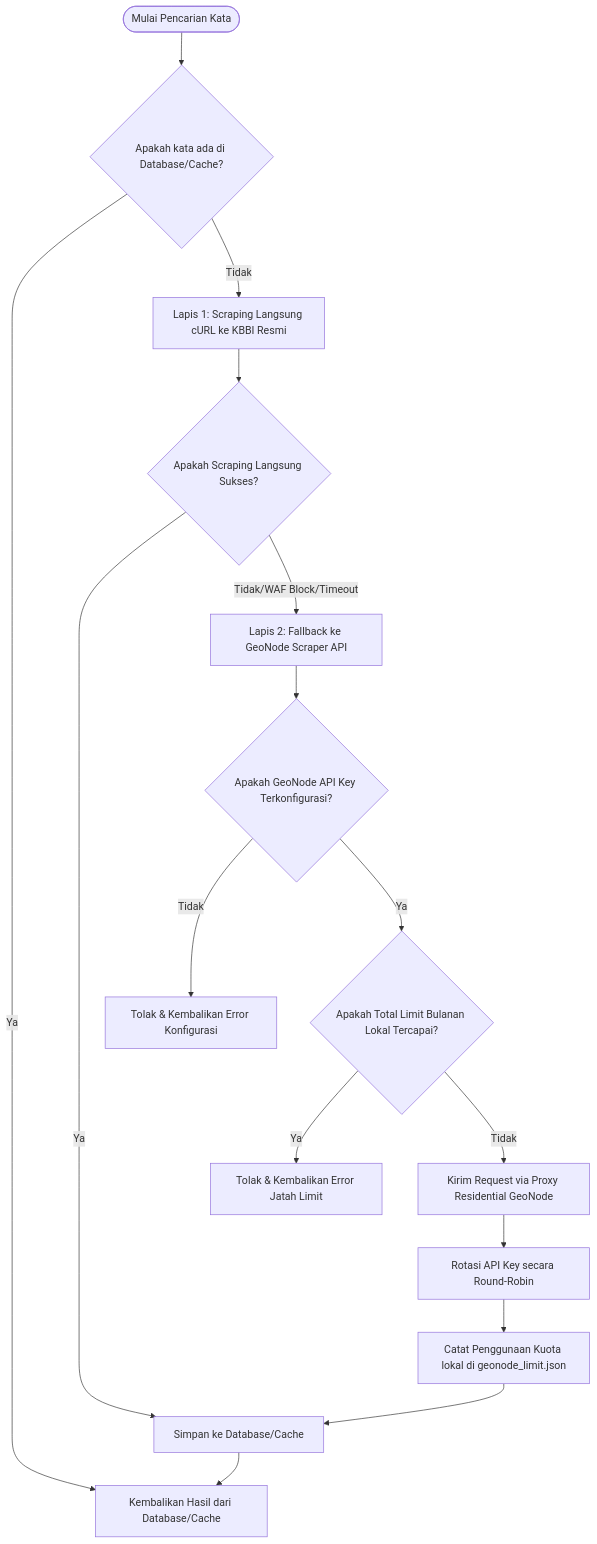
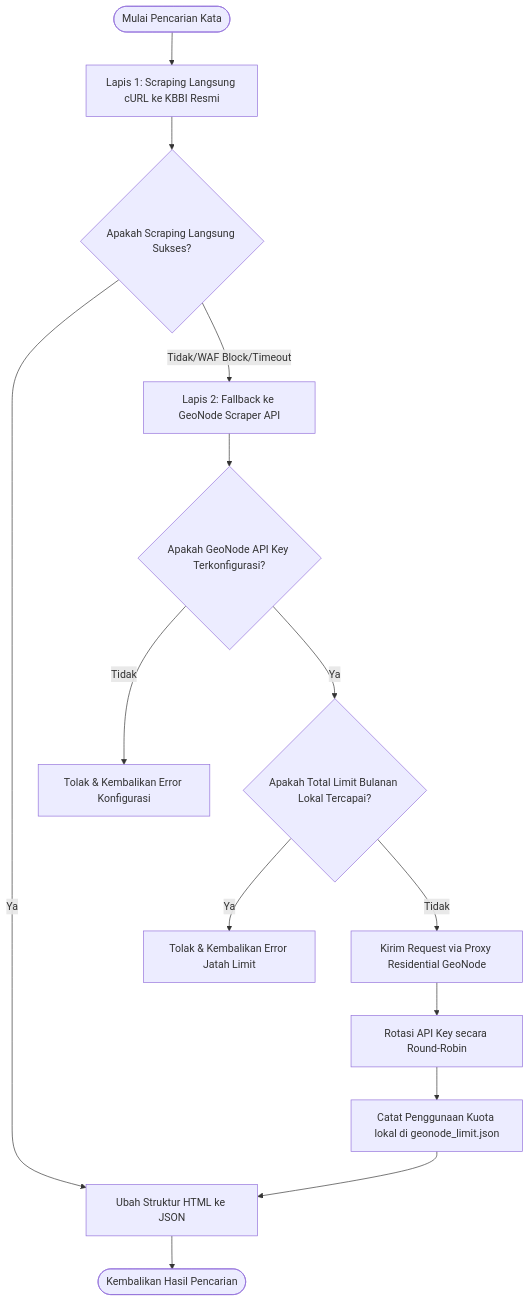
Before and after one commit to dyazincahya/API-KBBI-PHP-Codeigniter-4: the diagram in README.md, drawn with Mermaid. The commit also changed other lines of this file, not shown here.

````diff
--- a/README.md
+++ b/README.md
@@ -71,21 +71,19 @@
 ```mermaid
 graph TD
-    Start([Mulai Pencarian Kata]) --> CheckDB{Apakah kata ada di Database/Cache?}
-    CheckDB -- Ya --> ReturnData[Kembalikan Hasil dari Database/Cache]
-    CheckDB -- Tidak --> Lapis1[Lapis 1: Scraping Langsung cURL ke KBBI Resmi]
-
+    Start([Mulai Pencarian Kata]) --> Lapis1[Lapis 1: Scraping Langsung cURL ke KBBI Resmi]
+    
     Lapis1 --> CheckSuccess1{Apakah Scraping Langsung Sukses?}
-    CheckSuccess1 -- Ya --> SaveDB[Simpan ke Database/Cache] --> ReturnData
+    CheckSuccess1 -- Ya --> ParseHTML[Ubah Struktur HTML ke JSON] --> ReturnData([Kembalikan Hasil Pencarian])
     CheckSuccess1 -- Tidak/WAF Block/Timeout --> Lapis2[Lapis 2: Fallback ke GeoNode Scraper API]
-
+    
     Lapis2 --> CheckConfig{Apakah GeoNode API Key Terkonfigurasi?}
     CheckConfig -- Tidak --> ShowErrorConfig[Tolak & Kembalikan Error Konfigurasi]
     CheckConfig -- Ya --> CheckLimit{Apakah Total Limit Bulanan Lokal Tercapai?}
-
+    
     CheckLimit -- Ya --> ShowErrorLimit[Tolak & Kembalikan Error Jatah Limit]
     CheckLimit -- Tidak --> ExecGeoNode[Kirim Request via Proxy Residential GeoNode]
-
+    
     ExecGeoNode --> RotateKey[Rotasi API Key secara Round-Robin]
     RotateKey --> SaveLimit[Catat Penggunaan Kuota lokal di geonode_limit.json]
-    SaveLimit --> SaveDB
+    SaveLimit --> ParseHTML
 ```
````
